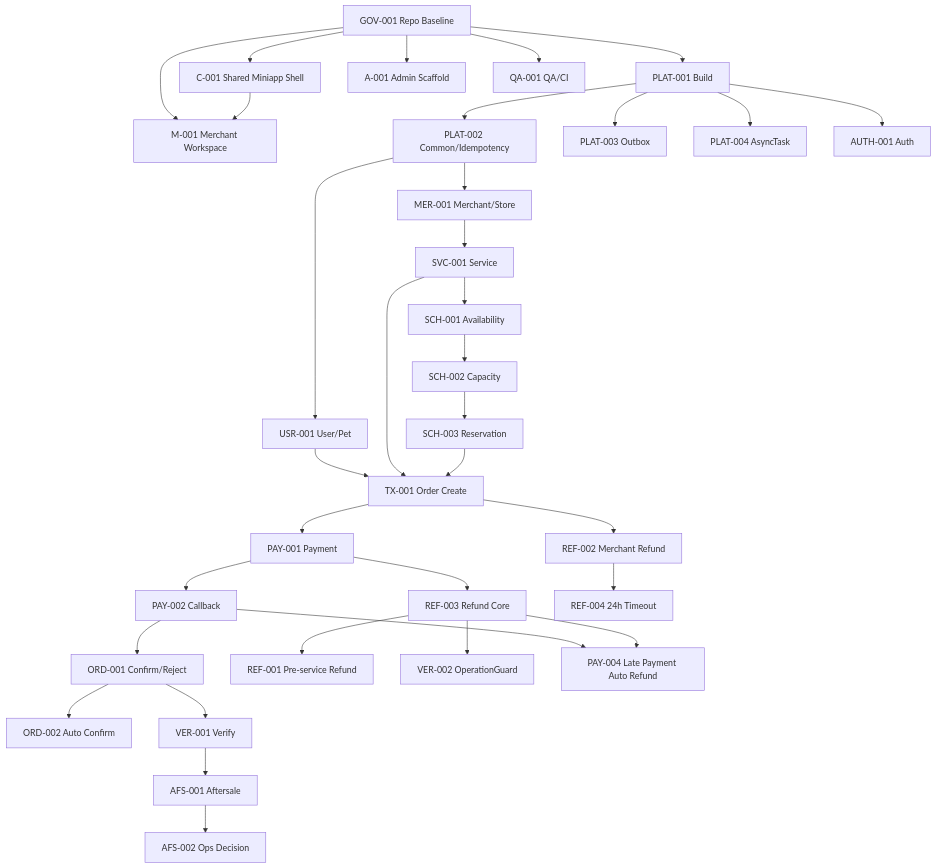
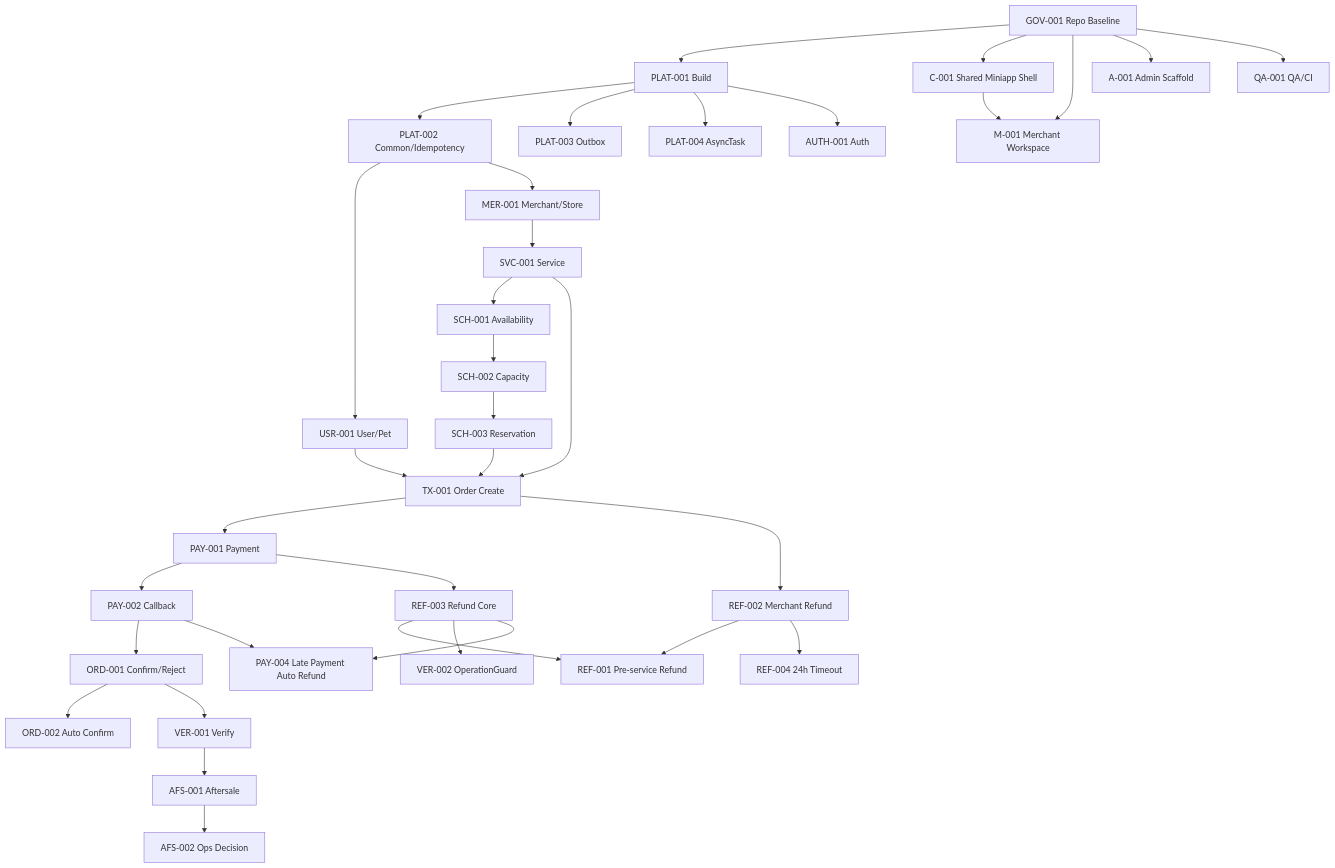
Before and after one commit to blueXYing/pet-platform: the diagram in planning/DEPENDENCY_GRAPH.md, drawn with Mermaid. The commit also changed other lines of this file and 21 other files, not shown here.

````diff
--- a/planning/DEPENDENCY_GRAPH.md
+++ b/planning/DEPENDENCY_GRAPH.md
@@ -3,42 +3,43 @@
 ```mermaid
 flowchart TD
   GOV[GOV-001 Repo Baseline] --> PLAT[PLAT-001 Build]
   GOV --> C1[C-001 Shared Miniapp Shell]
   GOV --> M1[M-001 Merchant Workspace]
   C1 --> M1
   GOV --> A1[A-001 Admin Scaffold]
   GOV --> QA1[QA-001 QA/CI]
 
   PLAT --> COMMON[PLAT-002 Common/Idempotency]
   PLAT --> OUTBOX[PLAT-003 Outbox]
   PLAT --> TASK[PLAT-004 AsyncTask]
   PLAT --> AUTH[AUTH-001 Auth]
 
   COMMON --> USER[USR-001 User/Pet]
   COMMON --> MER[MER-001 Merchant/Store]
   MER --> SVC[SVC-001 Service]
   SVC --> SCH1[SCH-001 Availability]
   SCH1 --> SCH2[SCH-002 Capacity]
   SCH2 --> SCH3[SCH-003 Reservation]
 
   USER --> ORD[TX-001 Order Create]
   SVC --> ORD
   SCH3 --> ORD
 
   ORD --> PAY1[PAY-001 Payment]
   PAY1 --> PAY2[PAY-002 Callback]
   PAY1 --> REF3[REF-003 Refund Core]
   PAY2 --> CONF[ORD-001 Confirm/Reject]
   CONF --> AUTO[ORD-002 Auto Confirm]
   CONF --> VER[VER-001 Verify]
 
   ORD --> REF2[REF-002 Merchant Refund]
   REF3 --> REFB[REF-001 Pre-service Refund]
+  REF2 --> REFB
   REF2 --> REFT[REF-004 24h Timeout]
   REF3 --> GUARD[VER-002 OperationGuard]
   VER --> AFS[AFS-001 Aftersale]
   AFS --> AFSD[AFS-002 Ops Decision]
 
   PAY2 --> LATE[PAY-004 Late Payment Auto Refund]
   REF3 --> LATE
 ```
````
